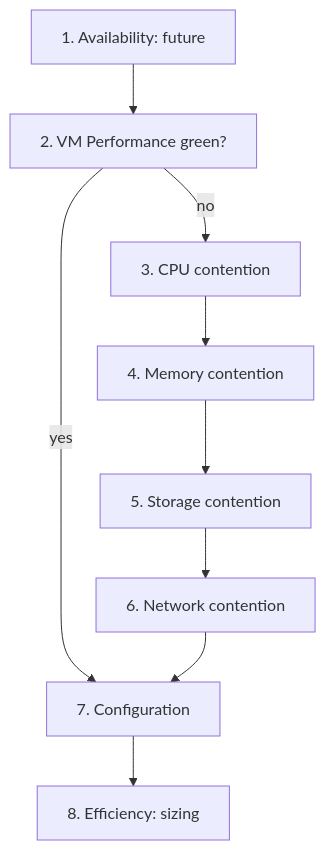
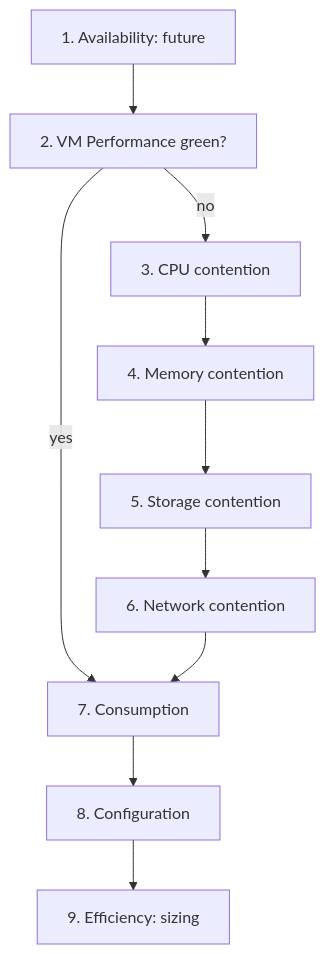
The diagram in knowledge/vsphere/object-types/vm/health-check/vm-health-check.md (e1-rahabok/agent-e2), drawn with Mermaid before and after one commit. The commit also changed other lines of this file and 17 other files, not shown here.

````diff
--- a/knowledge/vsphere/object-types/vm/health-check/vm-health-check.md
+++ b/knowledge/vsphere/object-types/vm/health-check/vm-health-check.md
@@ -12,11 +12,12 @@
 ```mermaid
 flowchart TD
   S1[1. Availability: future] --> S2[2. VM Performance green?]
   S2 -->|no| S3[3. CPU contention]
   S3 --> S4[4. Memory contention]
   S4 --> S5[5. Storage contention]
   S5 --> S6[6. Network contention]
-  S2 -->|yes| S7[7. Configuration]
+  S2 -->|yes| S7[7. Consumption]
   S6 --> S7
-  S7 --> S8[8. Efficiency: sizing]
+  S7 --> S8[8. Configuration]
+  S8 --> S9[9. Efficiency: sizing]
 ```
````
